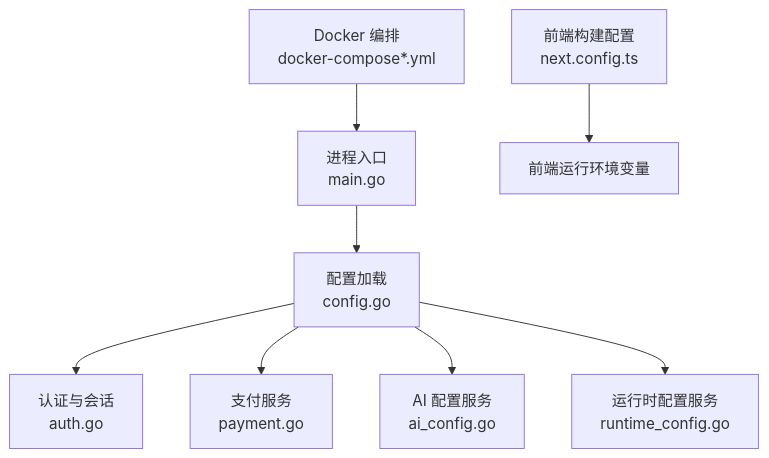
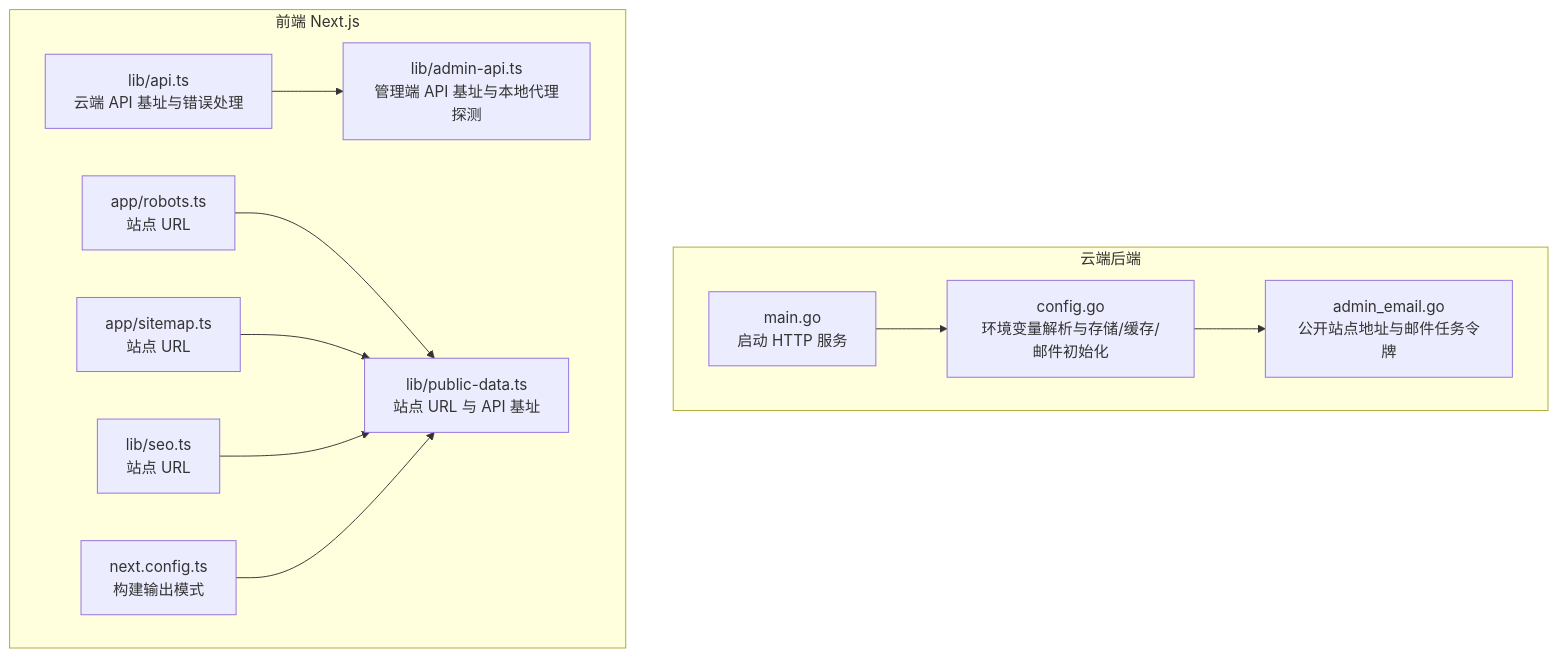
One commit to alvinwangzi/goodhr changed the first of 5 diagrams in .qoder/repowiki/zh/content/部署指南/生产环境部署/环境变量配置.md. Above: the diagram before and after it, drawn with Mermaid. The commit also changed other lines of this file and 149 other files, not shown here.

````diff
--- a/.qoder/repowiki/zh/content/部署指南/生产环境部署/环境变量配置.md
+++ b/.qoder/repowiki/zh/content/部署指南/生产环境部署/环境变量配置.md
@@ -37,10 +39,24 @@
 ```mermaid
 graph TB
-A["进程入口<br/>main.go"] --> B["配置加载<br/>config.go"]
-B --> C["认证与会话<br/>auth.go"]
-B --> D["支付服务<br/>payment.go"]
-B --> E["AI 配置服务<br/>ai_config.go"]
-B --> F["运行时配置服务<br/>runtime_config.go"]
-G["Docker 编排<br/>docker-compose*.yml"] --> A
-H["前端构建配置<br/>next.config.ts"] --> I["前端运行环境变量"]
+subgraph "云端后端"
+BE_Main["main.go<br/>启动 HTTP 服务"]
+BE_Config["config.go<br/>环境变量解析与存储/缓存/邮件初始化"]
+BE_Email["admin_email.go<br/>公开站点地址与邮件任务令牌"]
+end
+subgraph "前端 Next.js"
+FE_API["lib/api.ts<br/>云端 API 基址与错误处理"]
+FE_AdminAPI["lib/admin-api.ts<br/>管理端 API 基址与本地代理探测"]
+FE_Robots["app/robots.ts<br/>站点 URL"]
+FE_Sitemap["app/sitemap.ts<br/>站点 URL"]
+FE_PublicData["lib/public-data.ts<br/>站点 URL 与 API 基址"]
+FE_SEO["lib/seo.ts<br/>站点 URL"]
+FE_NextCfg["next.config.ts<br/>构建输出模式"]
+end
+BE_Main --> BE_Config
+BE_Config --> BE_Email
+FE_API --> FE_AdminAPI
+FE_Robots --> FE_PublicData
+FE_Sitemap --> FE_PublicData
+FE_SEO --> FE_PublicData
+FE_NextCfg --> FE_PublicData
 ```
````
